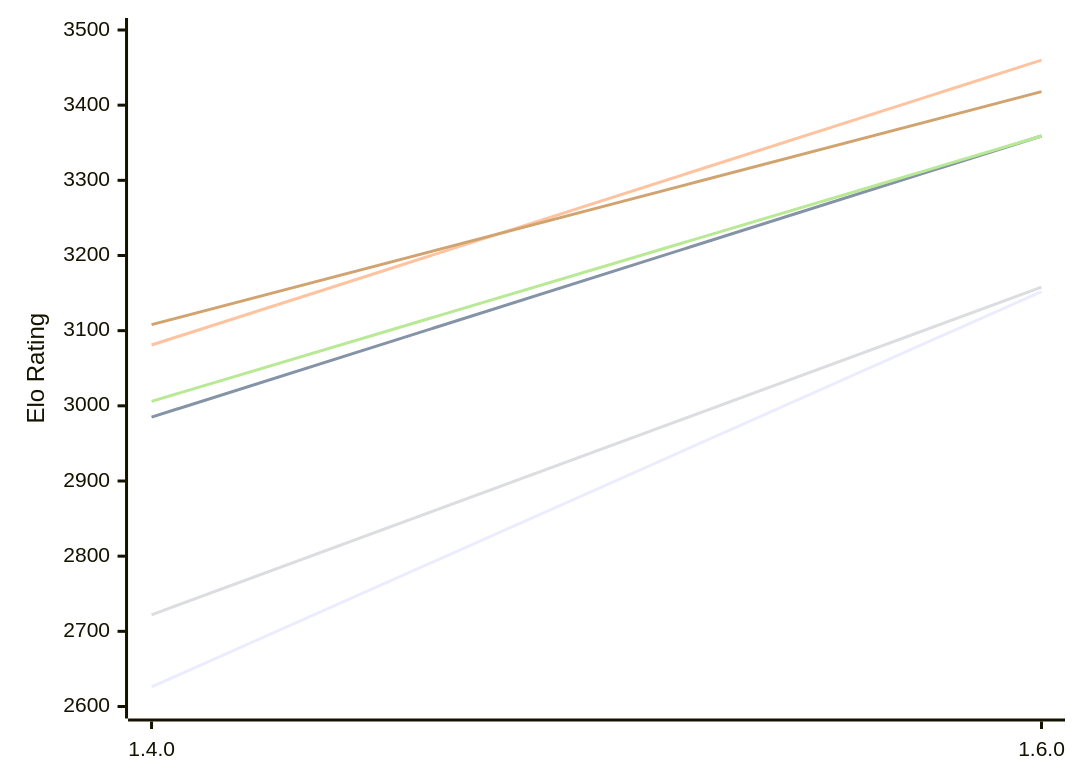
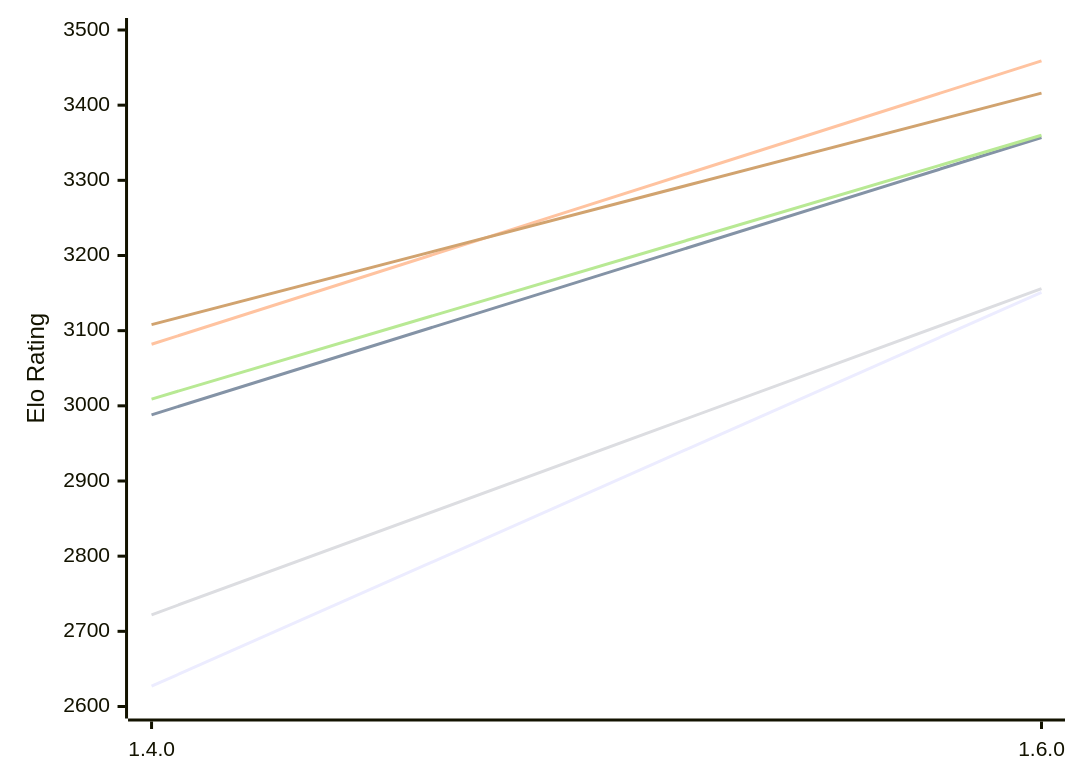
The first of 2 diagrams in engines/Gyatso.md (computer-chess-index/cci), drawn with Mermaid before and after one commit. The commit also changed other lines of this file, not shown here.

Commit message:
Update CCI Ratings (ELO VLTC) - 2026-11-27

````diff
--- a/engines/Gyatso.md
+++ b/engines/Gyatso.md
@@ -53,12 +53,12 @@
 ```mermaid
 %%{init: {"theme":"base","themeVariables":{"seriesColors:['#a3a3a3','#222221','#faa371']}}}%%
 xychart-beta
   x-axis ["1.4.0", "1.6.0"]
   y-axis "Elo Rating" 2600 --> 3500
-  line "E1: STC (8.0+0.08s)" [2626, 3152]
-  line "E1: LTC (60.0+0.60s)" [2985, 3359]
-  line "E1: VLTC (2m24s+1.12s)" [3081, 3460]
-  line "P1: STC (8.0+0.08s)" [2722, 3158]
-  line "P1: LTC (60.0+0.60s)" [3006, 3359]
-  line "P1: VLTC (2m24s+1.12s)" [3108, 3418]
+  line "E1: STC (8.0+0.08s)" [2627, 3151]
+  line "E1: LTC (60.0+0.60s)" [2988, 3357]
+  line "E1: VLTC (2m24s+1.12s)" [3082, 3459]
+  line "P1: STC (8.0+0.08s)" [2722, 3156]
+  line "P1: LTC (60.0+0.60s)" [3009, 3360]
+  line "P1: VLTC (2m24s+1.12s)" [3108, 3416]
 ```
````
